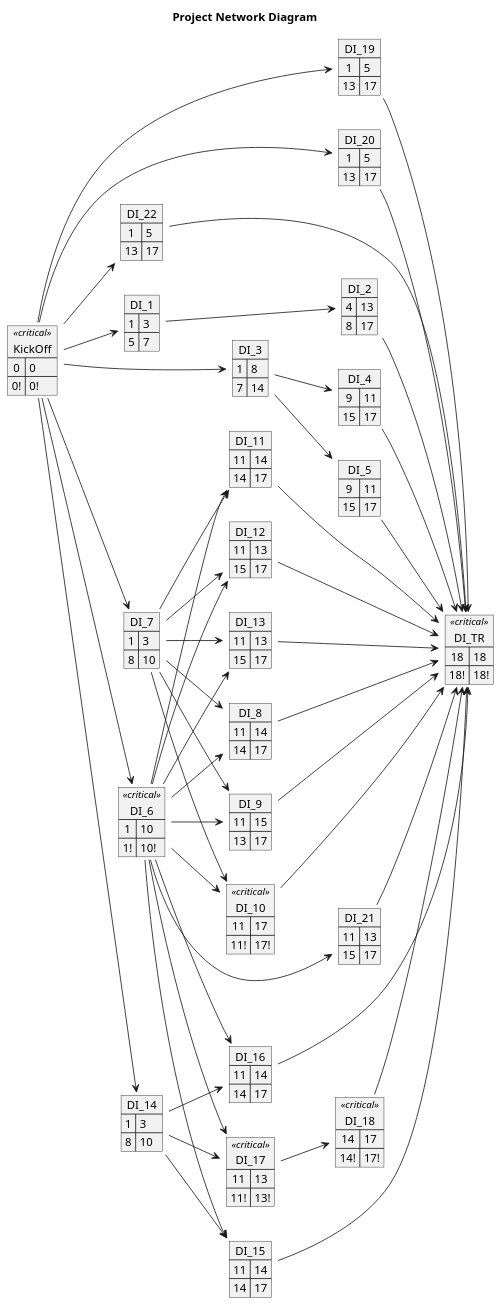
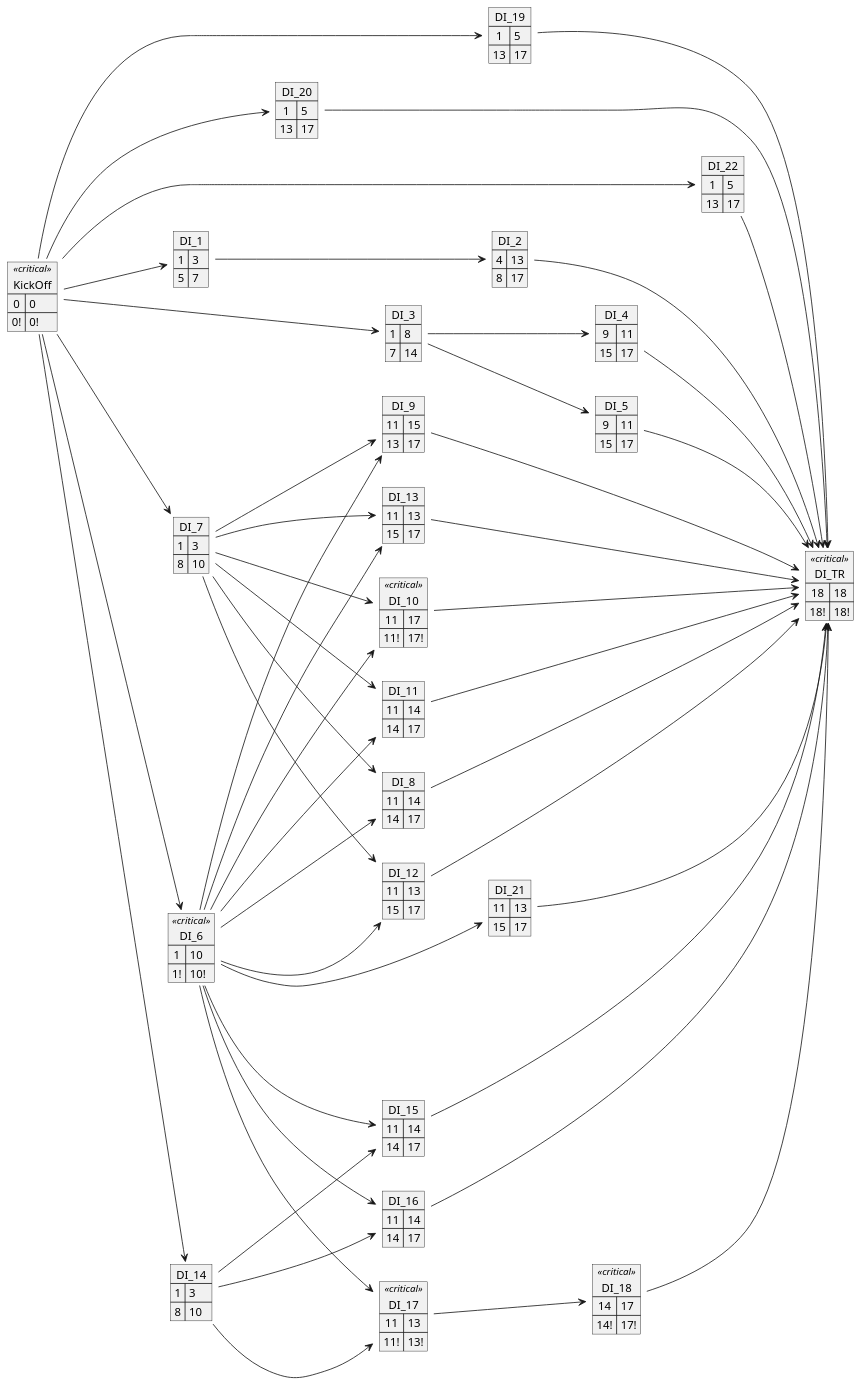
The diagram in uml/pert-diagram.pm.puml (SmartWasteCollection/project-management), drawn with PlantUML before and after one commit.

Commit message:
docs(uml): fix pert diagram

```diff
--- a/uml/pert-diagram.pm.puml
+++ b/uml/pert-diagram.pm.puml
@@ -1,179 +1,178 @@
 @startuml
 left to right direction
 ' Horizontal lines: -->, <--, <-->
 ' Vertical lines: ->, <-, <->
-title Project Network Diagram
 
 <style>
 critical {
     BackGroundColor: red
 }
 </style>
 
 map KickOff <<critical>> {
     0 => 0
     0! => 0!
 }
 map DI_1 {
     1 => 3
     5 => 7
 }
-KickOff --> DI_1
+KickOff ---> DI_1
 
 map DI_3 {
     1 => 8
     7 => 14
 }
-KickOff --> DI_3
+KickOff ---> DI_3
 
 map DI_6 <<critical>> {
     1 => 10
     1! => 10!
 }
-KickOff --> DI_6
+KickOff ---> DI_6
 
 map DI_7 {
     1 => 3
     8 => 10
 }
-KickOff --> DI_7
+KickOff ---> DI_7
 
 map DI_14 {
     1 => 3
     8 => 10
 }
-KickOff --> DI_14
+KickOff ---> DI_14
 
 map DI_19 {
     1 => 5
     13 => 17
 }
-KickOff --> DI_19
+KickOff ---> DI_19
 
 map DI_20 {
     1 => 5
     13 => 17
 }
-KickOff --> DI_20
+KickOff ---> DI_20
 
 map DI_22 {
     1 => 5
     13 => 17
 }
-KickOff --> DI_22
+KickOff ---> DI_22
 
 map DI_2 {
     4 => 13
     8 => 17
 }
-DI_1 --> DI_2
+DI_1 ---> DI_2
 
 map DI_4 {
     9 => 11
     15 => 17
 }
-DI_3 --> DI_4
+DI_3 ---> DI_4
 
 map DI_5 {
     9 => 11
     15 => 17
 }
-DI_3 --> DI_5
+DI_3 ---> DI_5
 
 map DI_8 {
     11 => 14
     14 => 17
 }
-DI_6 --> DI_8
-DI_7 --> DI_8
+DI_6 ---> DI_8
+DI_7 ---> DI_8
 
 map DI_9 {
     11 => 15
     13 => 17
 }
-DI_6 --> DI_9
-DI_7 --> DI_9
+DI_6 ---> DI_9
+DI_7 ---> DI_9
 
 map DI_10 <<critical>> {
     11 => 17
     11! => 17!
 }
-DI_6 --> DI_10
-DI_7 --> DI_10
+DI_6 ---> DI_10
+DI_7 ---> DI_10
 
 map DI_11 {
     11 => 14
     14 => 17
 }
-DI_6 --> DI_11
-DI_7 --> DI_11
+DI_6 ---> DI_11
+DI_7 ---> DI_11
 
 map DI_12 {
     11 => 13
     15 => 17
 }
-DI_6 --> DI_12
-DI_7 --> DI_12
+DI_6 ---> DI_12
+DI_7 ---> DI_12
 
 map DI_13 {
     11 => 13
     15 => 17
 }
-DI_6 --> DI_13
-DI_7 --> DI_13
+DI_6 ---> DI_13
+DI_7 ---> DI_13
 
 map DI_15 {
     11 => 14
     14 => 17
 }
-DI_6 --> DI_15
-DI_14 --> DI_15
+DI_6 ---> DI_15
+DI_14 ---> DI_15
 
 map DI_16 {
     11 => 14
     14 => 17
 }
-DI_6 --> DI_16
-DI_14 --> DI_16
+DI_6 ---> DI_16
+DI_14 ---> DI_16
 
 map DI_17 <<critical>> {
     11 => 13
     11! => 13!
 }
-DI_6 --> DI_17
-DI_14 --> DI_17
+DI_6 ---> DI_17
+DI_14 ---> DI_17
 
 map DI_18 <<critical>> {
     14 => 17
     14! => 17!
 }
-DI_17 --> DI_18
+DI_17 ---> DI_18
 
 map DI_21 {
     11 => 13
     15 => 17
 }
 DI_6 --> DI_21
 
 map DI_TR <<critical>> {
     18 => 18
     18! => 18!
 }
-DI_2 --> DI_TR
-DI_4 --> DI_TR
-DI_5 --> DI_TR
-DI_8 --> DI_TR
-DI_9 --> DI_TR
-DI_10 --> DI_TR
-DI_11 --> DI_TR
-DI_12 --> DI_TR
-DI_13 --> DI_TR
-DI_15 --> DI_TR
-DI_16 --> DI_TR
-DI_18 --> DI_TR
-DI_19 --> DI_TR
-DI_20 --> DI_TR
+DI_2 ---> DI_TR
+DI_4 ---> DI_TR
+DI_5 ---> DI_TR
+DI_8 ---> DI_TR
+DI_9 ---> DI_TR
+DI_10 ---> DI_TR
+DI_11 ---> DI_TR
+DI_12 ---> DI_TR
+DI_13 ---> DI_TR
+DI_15 ---> DI_TR
+DI_16 ---> DI_TR
+DI_18 ---> DI_TR
+DI_19 ---> DI_TR
+DI_20 ---> DI_TR
 DI_21 --> DI_TR
 DI_22 --> DI_TR
 
 @enduml
```
